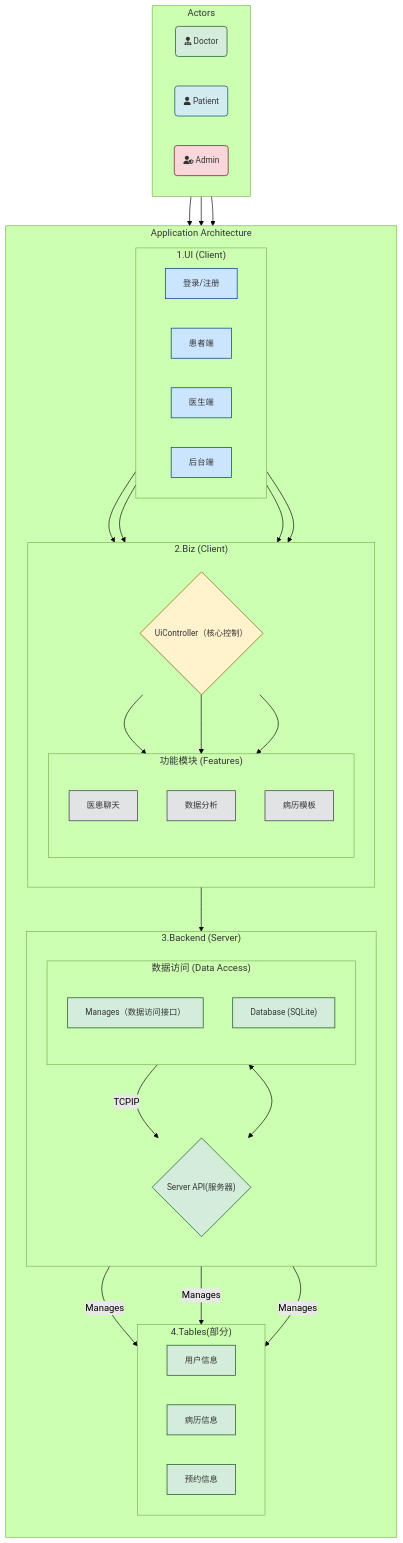
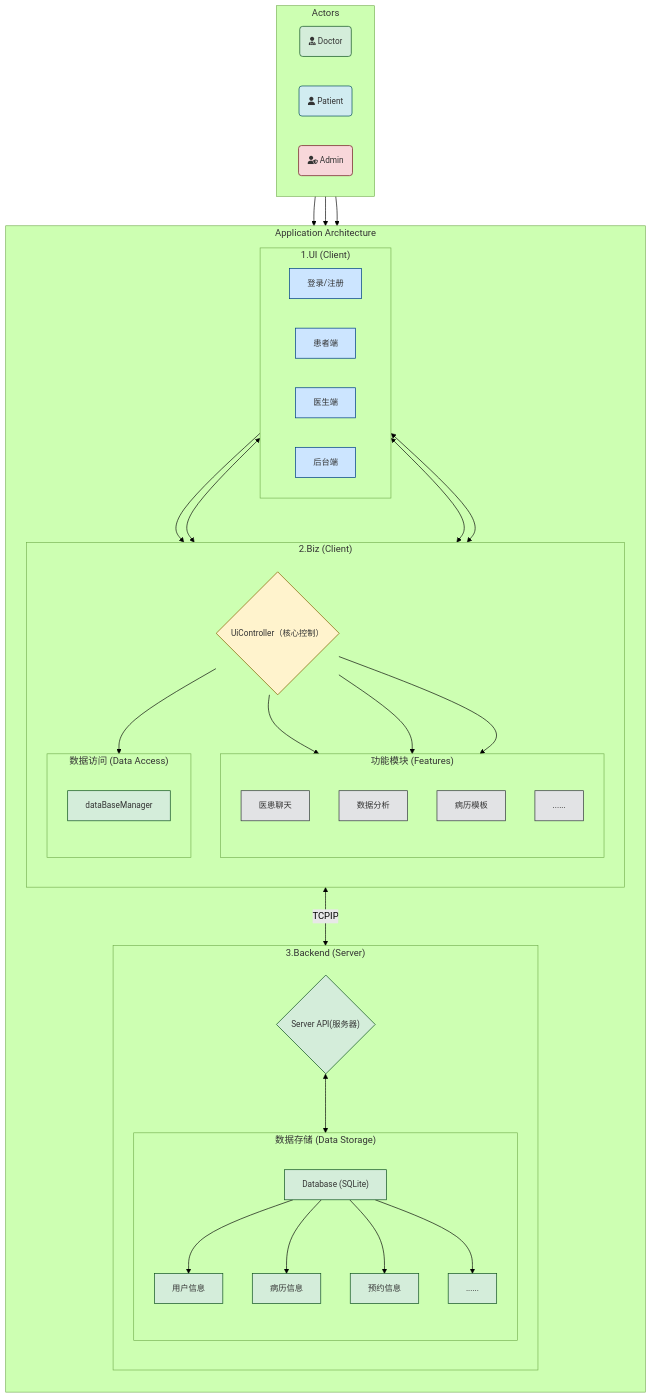
The first of 2 diagrams in README.md (laonuo2004/cpp-qt-medical-system), drawn with Mermaid (forest theme) before and after one commit. The commit also changed other lines of this file, not shown here.

Commit message:
Update README - 框架图

```diff
--- a/README.md
+++ b/README.md
@@ -94,6 +105,11 @@
                 ChatModule["医患聊天"]
                 AnalysisModule["数据分析"]
                 TemplateModule["病历模板"]
+                OtherModule["......"]
+            end
+            subgraph "数据访问 (Data Access)"
+                direction TB
+                Manages["dataBaseManager"]
             end
         end
 
@@ -101,28 +117,23 @@
         subgraph "3.Backend (Server)"
             direction TB
             ServerAPI{"Server API(服务器)"}
-            subgraph "数据访问 (Data Access)"
+            subgraph "数据存储 (Data Storage)"
                 direction TB
-                Manages["Manages（数据访问接口）"]
                 DBModule["Database (SQLite)"]
+                UserInfo["用户信息"]
+                MedicalRecords["病历信息"]
+                Appointments["预约信息"]
+                OtherTable["......"]
             end
-        end
-
-        %% 4. 数据模型
-        subgraph "4.Tables(部分)"
-            direction LR
-            UserInfo["用户信息"]
-            MedicalRecords["病历信息"]
-            Appointments["预约信息"]
         end
     end
 
     %% --- Connections ---
     Doctor & Patient & Admin --> LoginUI
     LoginUI --> Controller
-    PatientUI --> Controller
-    DoctorUI --> Controller
-    AdminUI --> Controller
+    PatientUI <--> Controller
+    DoctorUI <--> Controller
+    AdminUI <--> Controller
 
     %% 功能模块仍与 UiController 直连（客户端内调用）
     Controller --> ChatModule
@@ -131,13 +142,14 @@
 
     %% 数据访问链路：Controller -> Manages -> ServerAPI -> DB
     Controller --> Manages
-    Manages -->|TCPIP| ServerAPI
+    Manages <-->|TCPIP| ServerAPI
     ServerAPI <--> DBModule
 
-    %% 数据模型由数据库模块管理（保留“Manages”语义）
-    DBModule -- Manages --> UserInfo
-    DBModule -- Manages --> MedicalRecords
-    DBModule -- Manages --> Appointments
+    %% 数据模型由数据库模块管理
+    DBModule --> UserInfo
+    DBModule --> MedicalRecords
+    DBModule --> Appointments
+    DBModule --> OtherTable
 
     %% --- Styling（紧凑+深灰字+稍大字号）---
     style Doctor fill:#d4edda,stroke:#155724
@@ -153,8 +165,8 @@
     class Doctor,Patient,Admin actor
     class LoginUI,PatientUI,DoctorUI,AdminUI ui
     class Controller logic
-    class ChatModule,AnalysisModule,TemplateModule feature
-    class ServerAPI,Manages,DBModule,UserInfo,MedicalRecords,Appointments data
+    class ChatModule,AnalysisModule,TemplateModule,OtherModule feature
+    class ServerAPI,Manages,DBModule,UserInfo,MedicalRecords,Appointments,OtherTable data
 
     linkStyle default stroke-width:1.1px
 
```
